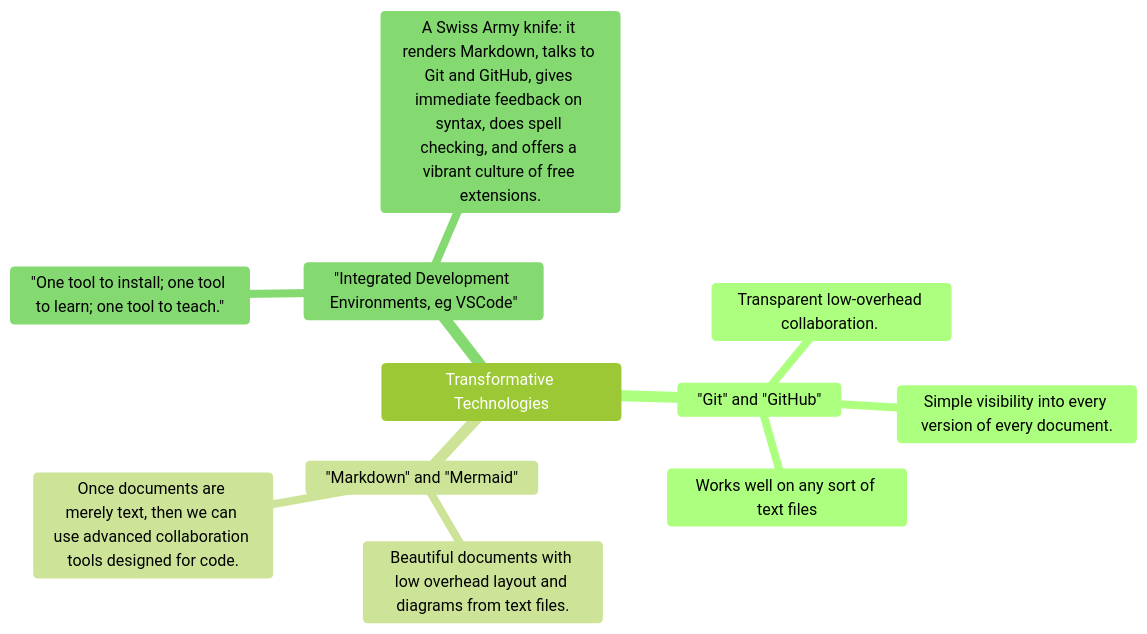
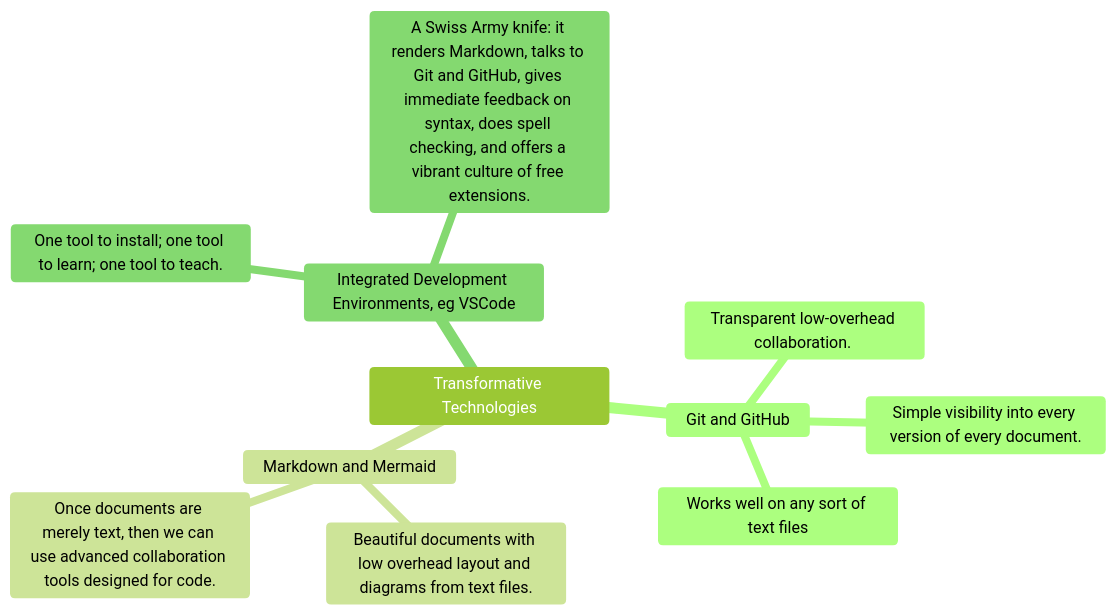
The second of 4 diagrams in README.md (marshallflax/vision), drawn with Mermaid before and after one commit.

Commit message:
Let's try without quote

````diff
--- a/README.md
+++ b/README.md
@@ -36,16 +36,16 @@
 ```mermaid
 %%{init:{'theme':'forest'}}%%
 
 mindmap
  Transformative Technologies
-  "Git" and "GitHub"
+  Git and GitHub
     Transparent low-overhead collaboration. 
     Simple visibility into every version of every document.
     Works well on any sort of text files
-  "Markdown" and "Mermaid"
+  Markdown and Mermaid
    Beautiful documents with low overhead layout and diagrams from text files.
    Once documents are merely text, then we can use advanced collaboration tools designed for code.
-  "Integrated Development Environments, eg VSCode"
-   "One tool to install; one tool to learn; one tool to teach."
+  Integrated Development Environments, eg VSCode
+   One tool to install; one tool to learn; one tool to teach.
    A Swiss Army knife: it renders Markdown, talks to Git and GitHub, gives immediate feedback on syntax, does spell checking, and offers a vibrant culture of free extensions.
 ```
````
